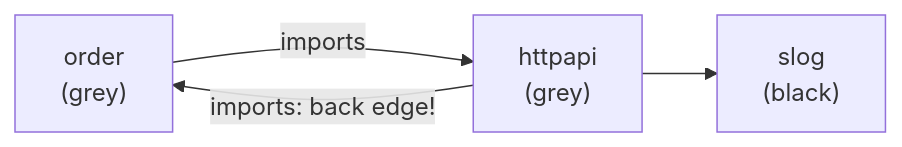
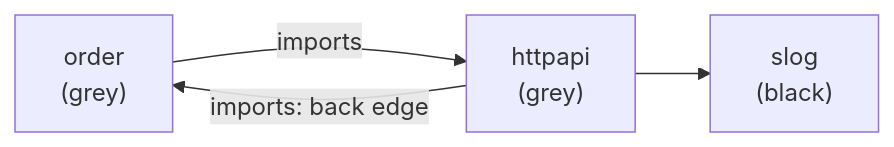
Before and after one commit to johankees/software-engineering-tutor: the second of 3 diagrams in docs/algorithms/graphs.md, drawn with Mermaid. The commit also changed other lines of this file and 118 other files, not shown here.

````diff
--- a/docs/algorithms/graphs.md
+++ b/docs/algorithms/graphs.md
@@ -201,6 +201,6 @@
 ```mermaid
 flowchart LR
     A["order<br/>(grey)"] -->|imports| B["httpapi<br/>(grey)"]
-    B -->|"imports: back edge!"| A
+    B -->|"imports: back edge"| A
     B --> C["slog<br/>(black)"]
 ```
````
